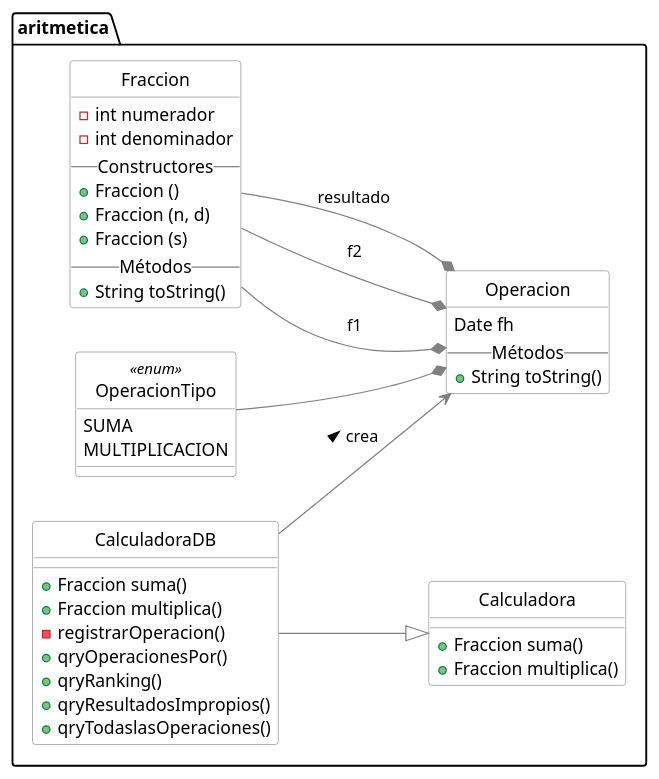
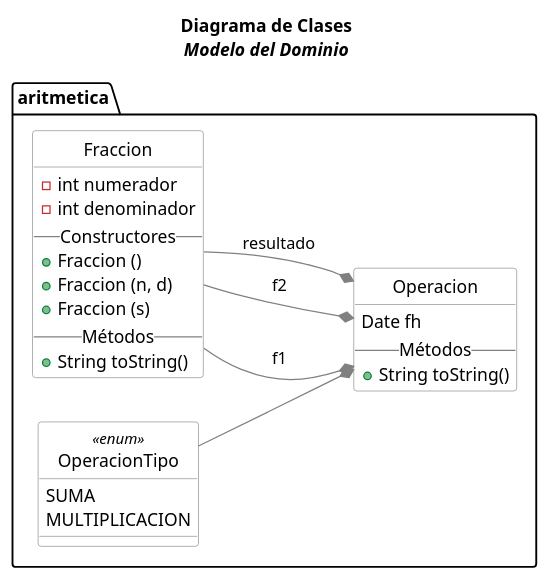
One commit to srlopez/RUP changed the second of 5 diagrams in ejemplos/fraccion_completo.md. Above: the diagram before and after it, drawn with PlantUML. The commit also changed other lines of this file, not shown here.

````diff
--- a/ejemplos/fraccion_completo.md
+++ b/ejemplos/fraccion_completo.md
@@ -136,58 +136,45 @@
 ```plantuml
 @startuml
+title <b>Diagrama de Clases</b>\n<i>Modelo del Dominio</i>
 left to right direction
 'bottom to top direction
 skinparam class {
   skinparam monochrome true
   skinparam shadowing false
   BackgroundColor White
   BorderColor Gray
   ' FontName Consolas
   ArrowColor Gray
 }
 scale 1
 hide circle
 package aritmetica {
 
   class Fraccion {
     -int numerador
     -int denominador
   -- Constructores --
     + Fraccion ()
     + Fraccion (n, d)
     + Fraccion (s)
   -- Métodos --
     +String toString()
   }
   class Operacion {
   Date fh
   -- Métodos --
     +String toString()
   }
   class OperacionTipo<<enum>> {
     SUMA
     MULTIPLICACION
   }
 
-  class Calculadora {
-    +Fraccion suma()
-    +Fraccion multiplica()
-  }
-  class CalculadoraDB{
-    +Fraccion suma()
-    +Fraccion multiplica()
-    -registrarOperacion()
-    +qryOperacionesPor()
-    +qryRanking() 
-    +qryResultadosImpropios()
-    +qryTodaslasOperaciones()
-  }
+  
 }
-CalculadoraDB --|> Calculadora
 Fraccion --* Operacion: f1
 Fraccion --* Operacion: f2
 Fraccion --* Operacion: resultado
 OperacionTipo --* Operacion
-CalculadoraDB --> Operacion: crea >
 @enduml
 ```
````
